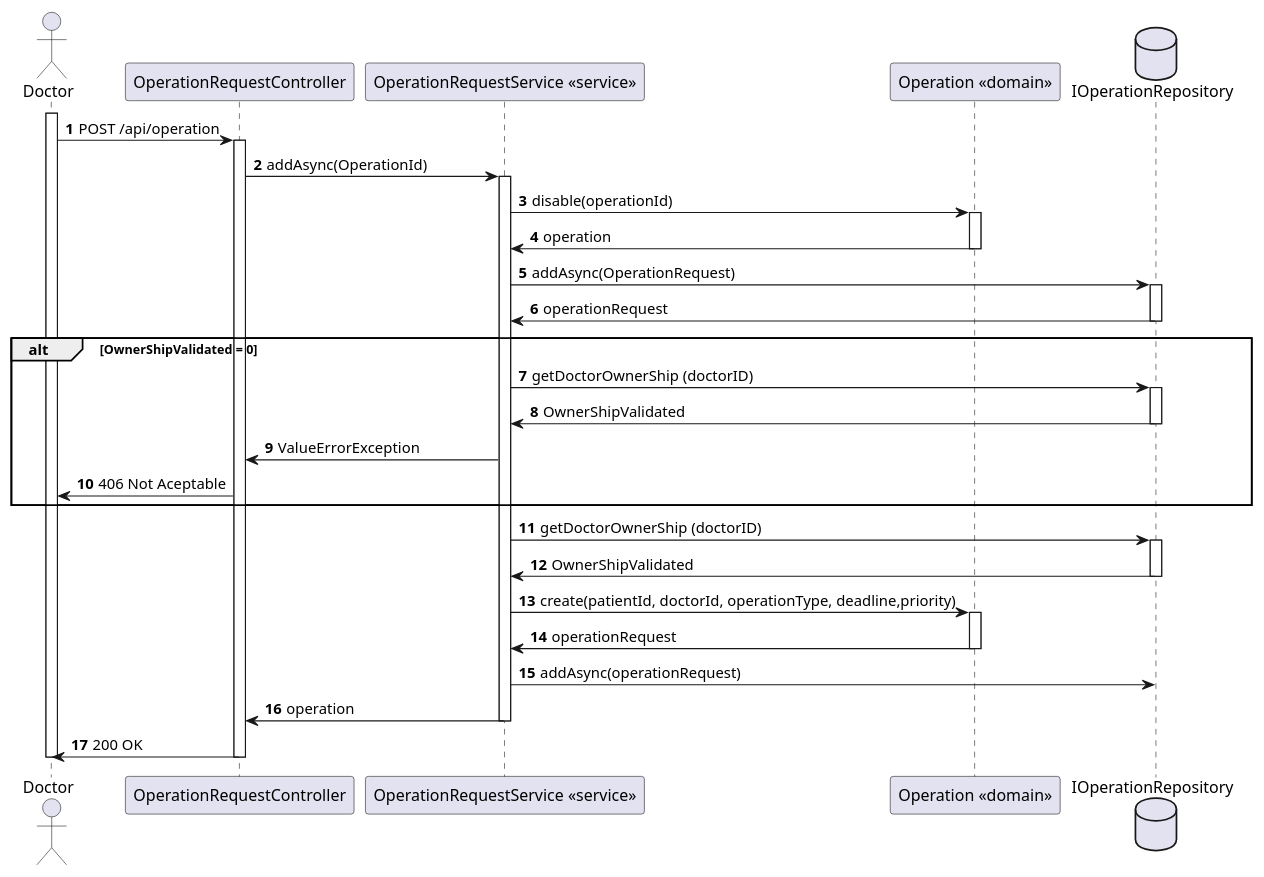
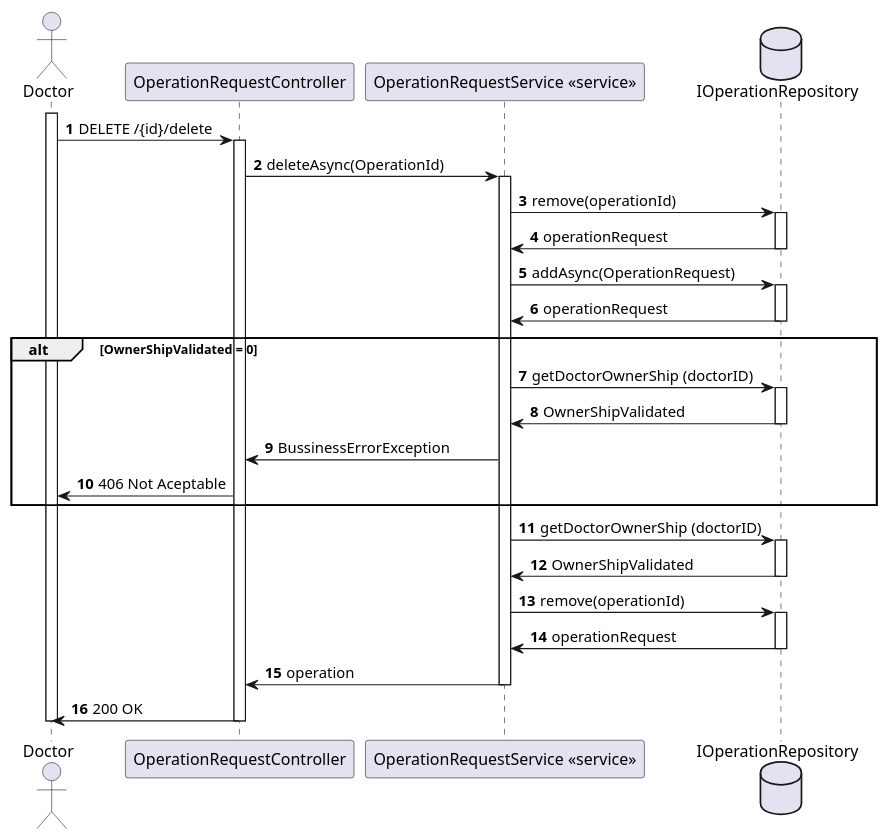
Before and after one commit to Lapr5G21/sem5pi-24-25-3ddg21: the diagram in docs/OperationRemove/views/level3/process-view2.puml, drawn with PlantUML. The commit also changed 28 other files, not shown here.

```diff
--- a/docs/OperationRemove/views/level3/process-view2.puml
+++ b/docs/OperationRemove/views/level3/process-view2.puml
@@ -1,74 +1,72 @@
 @startuml 
 autonumber
 actor Doctor as "Doctor"
 participant CTRL as "OperationRequestController"
 participant SERVICE as "OperationRequestService <<service>>"
-participant Operation as "Operation <<domain>>"
+
 database IOperationRepository as "IOperationRepository"
 
 
 
 activate Doctor
 
-Doctor -> CTRL : POST /api/operation
+Doctor -> CTRL : DELETE /{id}/delete
 activate CTRL
 
-CTRL -> SERVICE : addAsync(OperationId)
+CTRL -> SERVICE : deleteAsync(OperationId)
 activate SERVICE
 
-SERVICE -> Operation : disable(operationId)
+SERVICE -> IOperationRepository : remove(operationId)
 
-activate Operation
+activate IOperationRepository
 
-Operation-> SERVICE : operation
+IOperationRepository-> SERVICE : operationRequest
 
-deactivate Operation
+deactivate IOperationRepository
 
 
 SERVICE -> IOperationRepository : addAsync(OperationRequest)
 activate IOperationRepository
 IOperationRepository -> SERVICE : operationRequest
 deactivate IOperationRepository
 
 
 alt OwnerShipValidated = 0 
 
 SERVICE -> IOperationRepository : getDoctorOwnerShip (doctorID)
 
 activate IOperationRepository 
 
 IOperationRepository -> SERVICE : OwnerShipValidated
 
 deactivate IOperationRepository
 
-SERVICE -> CTRL : ValueErrorException
+SERVICE -> CTRL : BussinessErrorException
 
 CTRL -> Doctor : 406 Not Aceptable
 end alt 
 
 SERVICE -> IOperationRepository : getDoctorOwnerShip (doctorID)
 
 activate IOperationRepository 
 
 IOperationRepository -> SERVICE : OwnerShipValidated
 
 deactivate IOperationRepository
-SERVICE -> Operation : create(patientId, doctorId, operationType, deadline,priority)
+SERVICE -> IOperationRepository : remove(operationId) 
 
-activate Operation 
+activate IOperationRepository 
 
-Operation -> SERVICE : operationRequest
-deactivate Operation
-
-SERVICE -> IOperationRepository : addAsync(operationRequest)
+IOperationRepository -> SERVICE : operationRequest
+deactivate IOperationRepository
 
 SERVICE -> CTRL : operation
 
 deactivate SERVICE 
 
 CTRL -> Doctor : 200 OK
 
 deactivate CTRL 
 
 deactivate Doctor
 @enduml
```
